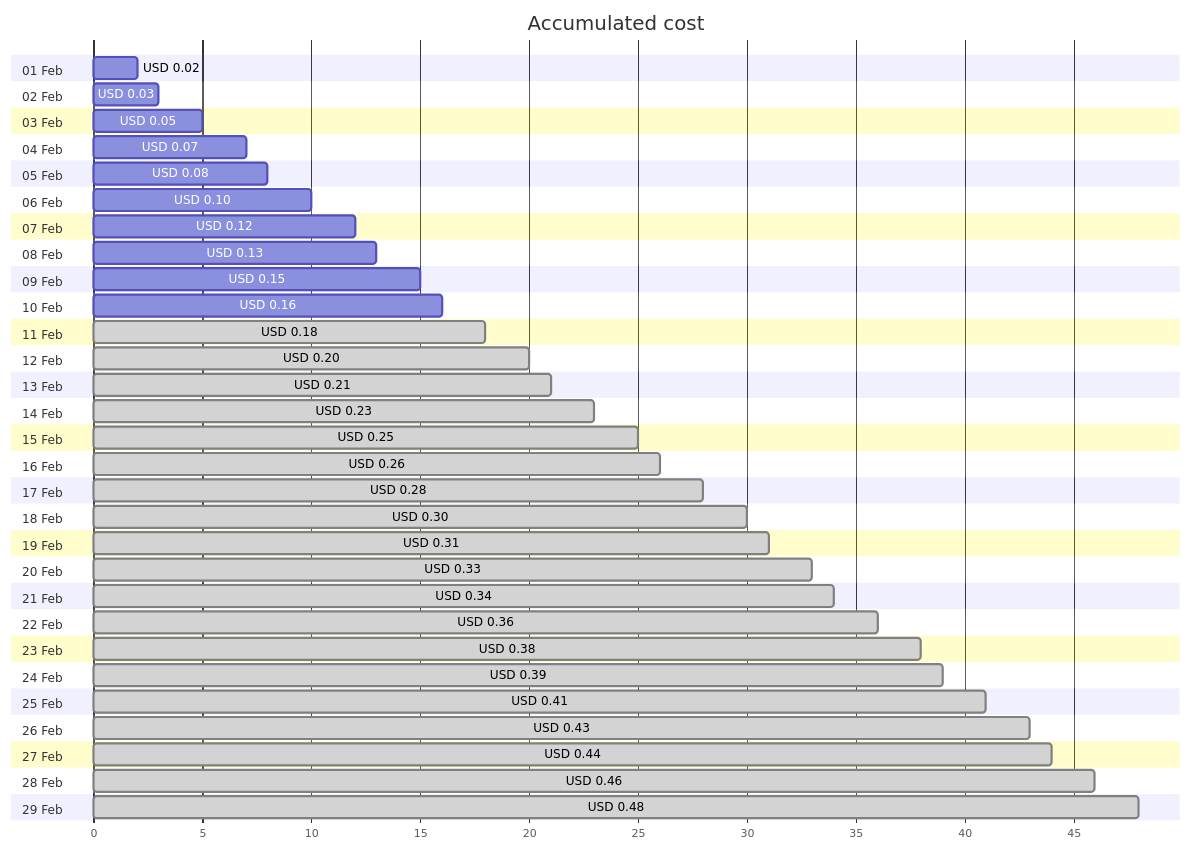
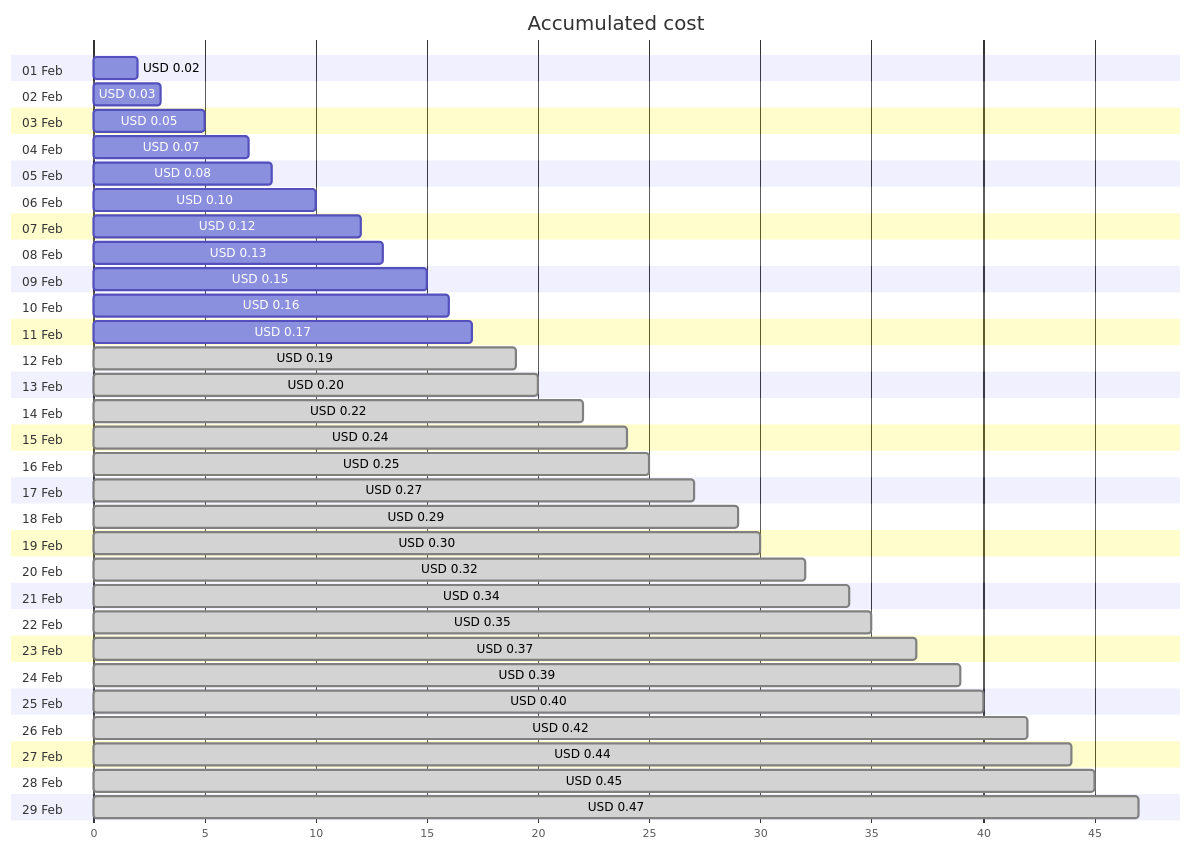
Before and after one commit to jpfulton/azure-personal-reports: the first of 4 diagrams in cost-reports/personal-dns/jpatrickfulton.dev.md, drawn with Mermaid. The commit also changed other lines of this file and 2 other files, not shown here.

Commit message:
Generated reports [skip ci]

````diff
--- a/cost-reports/personal-dns/jpatrickfulton.dev.md
+++ b/cost-reports/personal-dns/jpatrickfulton.dev.md
@@ -20,64 +20,64 @@
 ```mermaid
 gantt
    title Accumulated cost
    dateFormat  X
    axisFormat %s
    section 01 Feb
    USD 0.02 :0, 2
    section 02 Feb
    USD 0.03 :0, 3
    section 03 Feb
    USD 0.05 :0, 5
    section 04 Feb
    USD 0.07 :0, 7
    section 05 Feb
    USD 0.08 :0, 8
    section 06 Feb
    USD 0.10 :0, 10
    section 07 Feb
    USD 0.12 :0, 12
    section 08 Feb
    USD 0.13 :0, 13
    section 09 Feb
    USD 0.15 :0, 15
    section 10 Feb
    USD 0.16 :0, 16
    section 11 Feb
-   USD 0.18 : done, 0, 18
+   USD 0.17 :0, 17
    section 12 Feb
+   USD 0.19 : done, 0, 19
+   section 13 Feb
    USD 0.20 : done, 0, 20
-   section 13 Feb
-   USD 0.21 : done, 0, 21
    section 14 Feb
-   USD 0.23 : done, 0, 23
+   USD 0.22 : done, 0, 22
    section 15 Feb
+   USD 0.24 : done, 0, 24
+   section 16 Feb
    USD 0.25 : done, 0, 25
-   section 16 Feb
-   USD 0.26 : done, 0, 26
    section 17 Feb
-   USD 0.28 : done, 0, 28
+   USD 0.27 : done, 0, 27
    section 18 Feb
+   USD 0.29 : done, 0, 29
+   section 19 Feb
    USD 0.30 : done, 0, 30
-   section 19 Feb
-   USD 0.31 : done, 0, 31
    section 20 Feb
-   USD 0.33 : done, 0, 33
+   USD 0.32 : done, 0, 32
    section 21 Feb
    USD 0.34 : done, 0, 34
    section 22 Feb
-   USD 0.36 : done, 0, 36
+   USD 0.35 : done, 0, 35
    section 23 Feb
-   USD 0.38 : done, 0, 38
+   USD 0.37 : done, 0, 37
    section 24 Feb
    USD 0.39 : done, 0, 39
    section 25 Feb
-   USD 0.41 : done, 0, 41
+   USD 0.40 : done, 0, 40
    section 26 Feb
-   USD 0.43 : done, 0, 43
+   USD 0.42 : done, 0, 42
    section 27 Feb
    USD 0.44 : done, 0, 44
    section 28 Feb
-   USD 0.46 : done, 0, 46
+   USD 0.45 : done, 0, 45
    section 29 Feb
-   USD 0.48 : done, 0, 48
+   USD 0.47 : done, 0, 47
 ```
````
